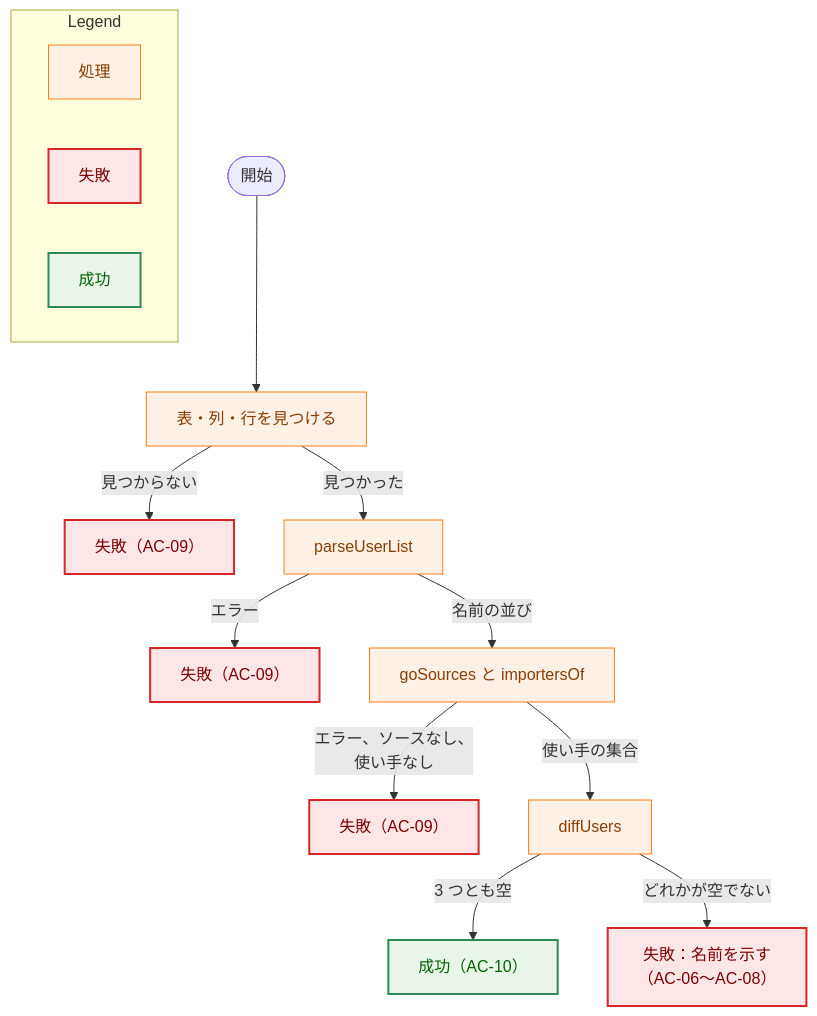
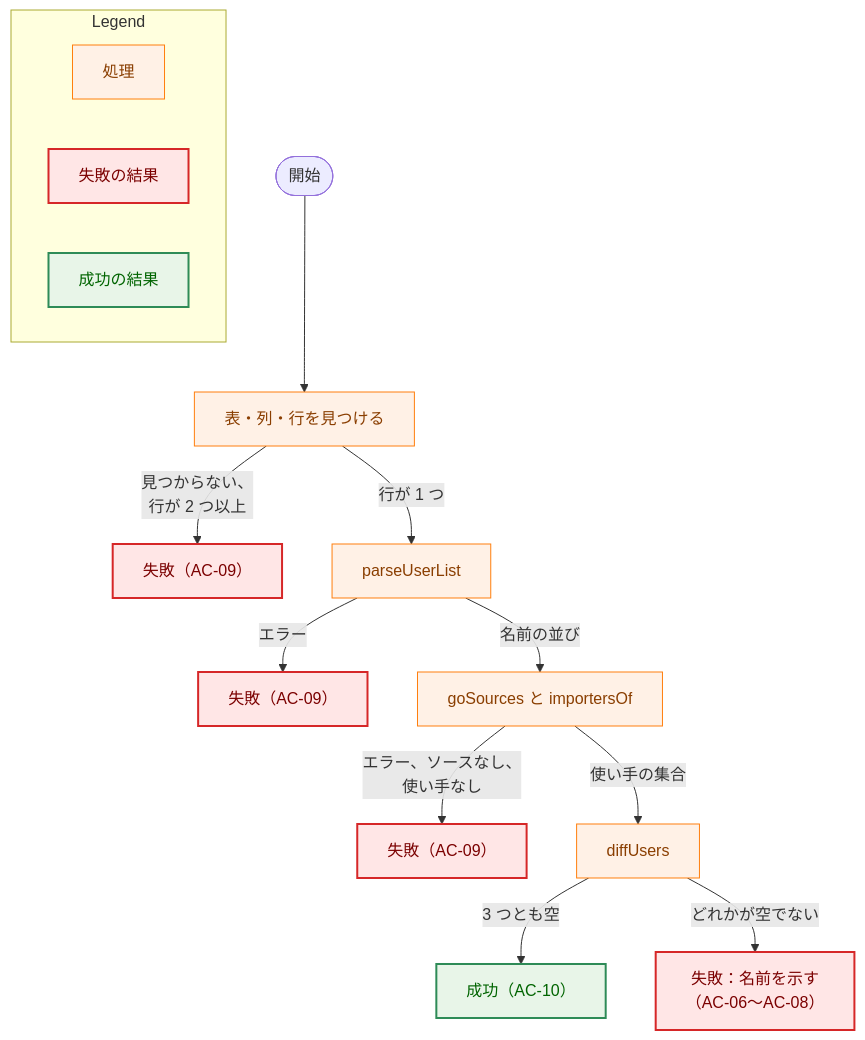
Before and after one commit to isseis/yt2column: the fourth of 4 diagrams in docs/tasks/0068_strictjson_package_reference/02_architecture.md, drawn with Mermaid. The commit also changed other lines of this file, not shown here.

First line of the commit message:
docs(0068): address the architecture review and the Japanese prose pass

````diff
--- a/docs/tasks/0068_strictjson_package_reference/02_architecture.md
+++ b/docs/tasks/0068_strictjson_package_reference/02_architecture.md
@@ -352,29 +374,29 @@
 ```mermaid
 flowchart TD
-    classDef process fill:#fff1e6,stroke:#ff7f0e,stroke-width:1px,color:#8a3e00;
-    classDef problem fill:#ffe6e6,stroke:#d62728,stroke-width:2px,color:#7b0000;
-    classDef enhanced fill:#e8f5e8,stroke:#2e8b57,stroke-width:2px,color:#006400;
+    classDef step fill:#fff1e6,stroke:#ff7f0e,stroke-width:1px,color:#8a3e00;
+    classDef fail fill:#ffe6e6,stroke:#d62728,stroke-width:2px,color:#7b0000;
+    classDef pass fill:#e8f5e8,stroke:#2e8b57,stroke-width:2px,color:#006400;
 
     S(["開始"]) --> R["表・列・行を見つける"]
-    R -->|"見つからない"| F1["失敗（AC-09）"]
-    R -->|"見つかった"| P["parseUserList"]
+    R -->|"見つからない、<br>行が 2 つ以上"| F1["失敗（AC-09）"]
+    R -->|"行が 1 つ"| P["parseUserList"]
     P -->|"エラー"| F2["失敗（AC-09）"]
     P -->|"名前の並び"| W["goSources と importersOf"]
     W -->|"エラー、ソースなし、<br>使い手なし"| F3["失敗（AC-09）"]
     W -->|"使い手の集合"| D["diffUsers"]
     D -->|"3 つとも空"| OK["成功（AC-10）"]
     D -->|"どれかが空でない"| F4["失敗：名前を示す<br>（AC-06〜AC-08）"]
 
-    class R,P,W,D process
-    class F1,F2,F3,F4 problem
-    class OK enhanced
+    class R,P,W,D step
+    class F1,F2,F3,F4 fail
+    class OK pass
 
     subgraph Legend["Legend"]
         L1["処理"]
-        L2["失敗"]
-        L3["成功"]
+        L2["失敗の結果"]
+        L3["成功の結果"]
     end
-    class L1 process
-    class L2 problem
-    class L3 enhanced
+    class L1 step
+    class L2 fail
+    class L3 pass
 ```
````
